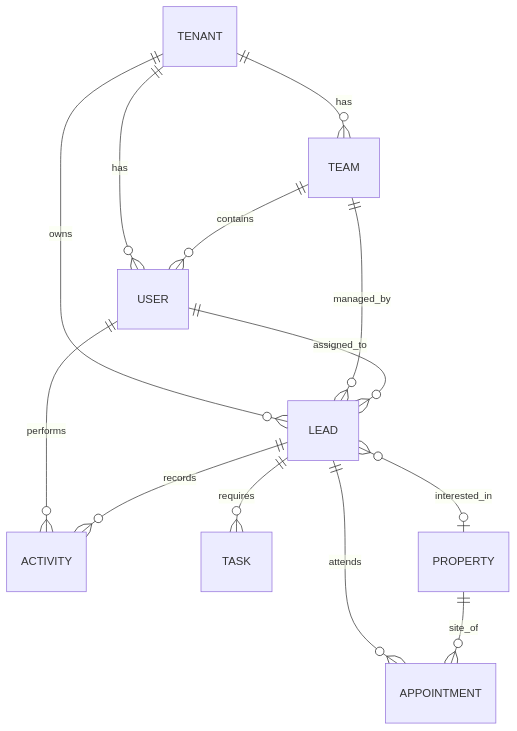
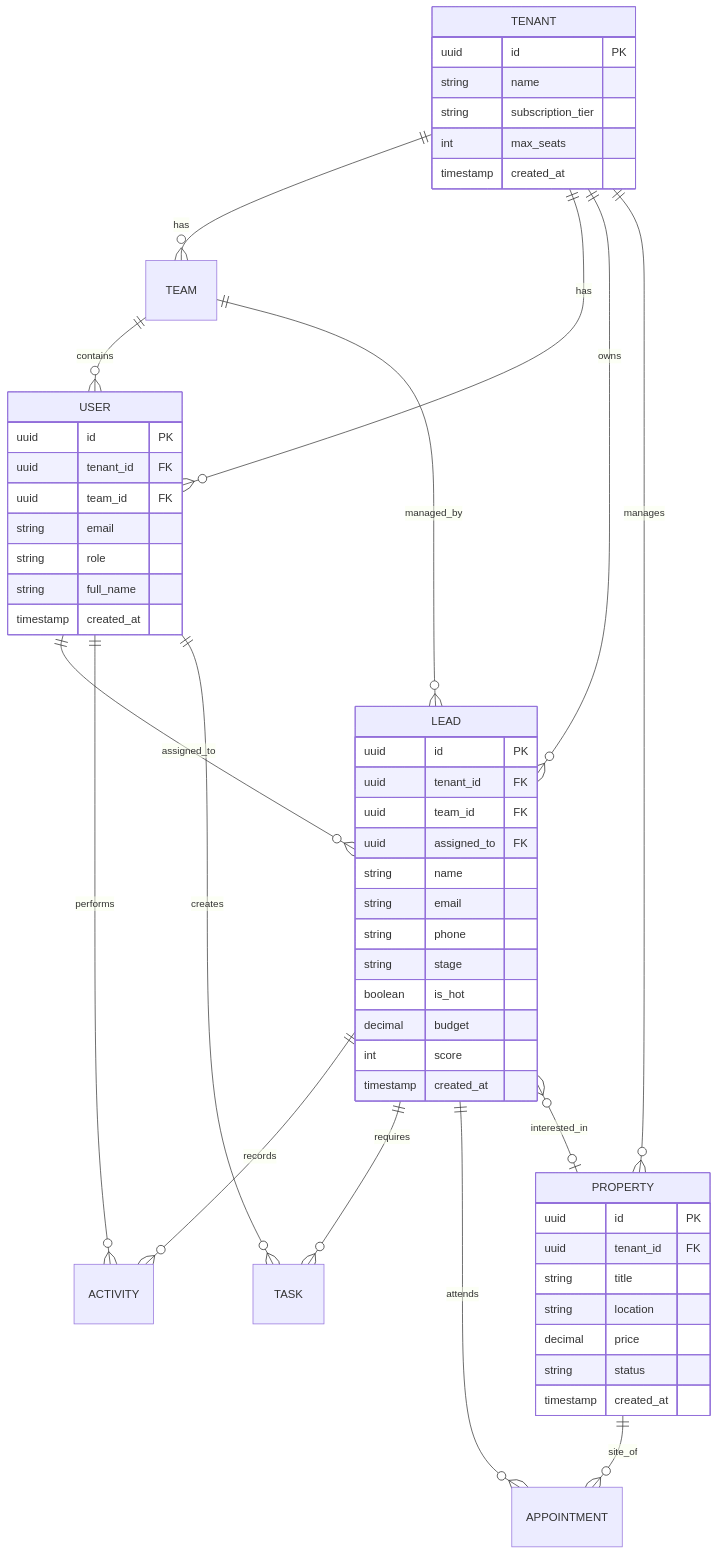
One commit to Ehabelrify/PropFlow changed the diagram in README.md. Above: the diagram before and after it, drawn with Mermaid. The commit also changed other lines of this file and 36 other files, not shown here.

````diff
--- a/README.md
+++ b/README.md
@@ -59,15 +245,60 @@
 ```mermaid
 erDiagram
     TENANT ||--o{ TEAM : "has"
     TENANT ||--o{ USER : "has"
     TENANT ||--o{ LEAD : "owns"
+    TENANT ||--o{ PROPERTY : "manages"
     TEAM ||--o{ USER : "contains"
     TEAM ||--o{ LEAD : "managed_by"
     USER ||--o{ LEAD : "assigned_to"
     USER ||--o{ ACTIVITY : "performs"
+    USER ||--o{ TASK : "creates"
     LEAD ||--o{ ACTIVITY : "records"
     LEAD ||--o{ TASK : "requires"
     LEAD ||--o{ APPOINTMENT : "attends"
     PROPERTY ||--o{ APPOINTMENT : "site_of"
     LEAD }o--o| PROPERTY : "interested_in"
+    
+    TENANT {
+        uuid id PK
+        string name
+        string subscription_tier
+        int max_seats
+        timestamp created_at
+    }
+    
+    USER {
+        uuid id PK
+        uuid tenant_id FK
+        uuid team_id FK
+        string email
+        string role
+        string full_name
+        timestamp created_at
+    }
+    
+    LEAD {
+        uuid id PK
+        uuid tenant_id FK
+        uuid team_id FK
+        uuid assigned_to FK
+        string name
+        string email
+        string phone
+        string stage
+        boolean is_hot
+        decimal budget
+        int score
+        timestamp created_at
+    }
+    
+    PROPERTY {
+        uuid id PK
+        uuid tenant_id FK
+        string title
+        string location
+        decimal price
+        string status
+        timestamp created_at
+    }
 ```
````
